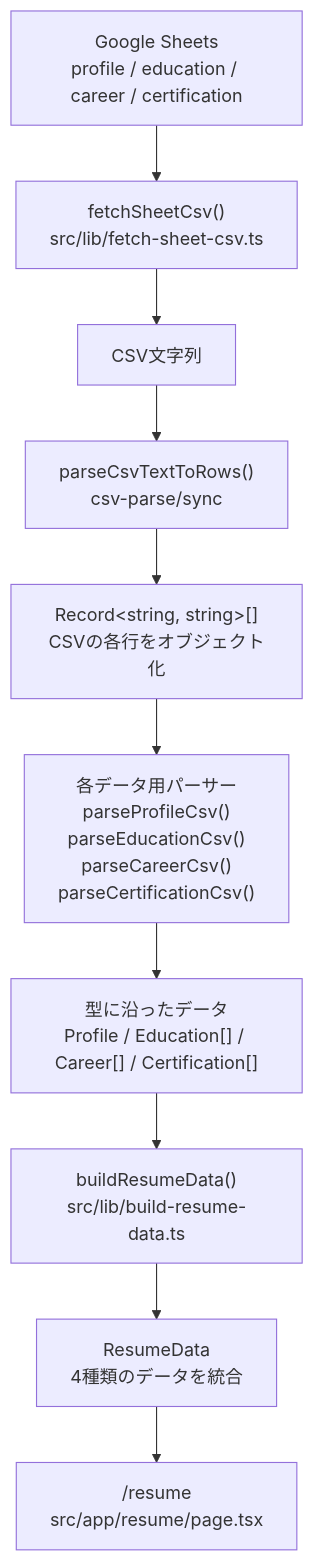
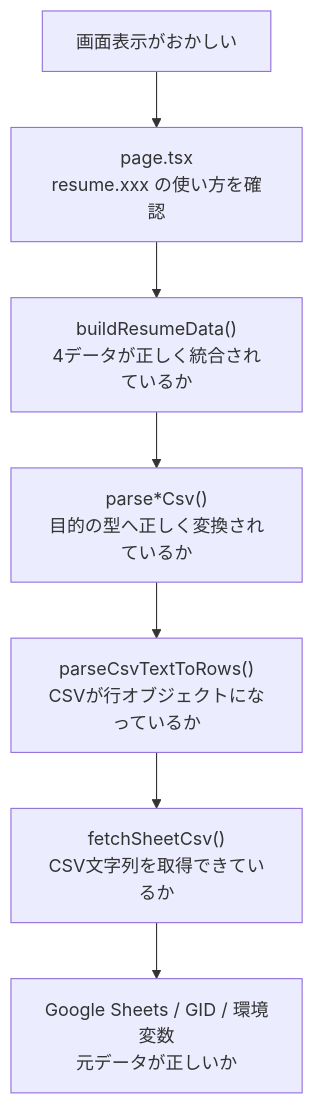
Before and after one commit to Leon20200809/lazygenius-web-resume: diagram 11 of 11 in docs/data-flow.md, drawn with Mermaid. The commit also changed other lines of this file, not shown here.

Commit message:
レジュメデータフロー図を実コードに沿って詳細化

````diff
--- a/docs/data-flow.md
+++ b/docs/data-flow.md
@@ -5,23 +561,12 @@
 ```mermaid
 flowchart TD
-    A["Google Sheets<br/>profile / education / career / certification"]
-    B["fetchSheetCsv()<br/>src/lib/fetch-sheet-csv.ts"]
-    C["CSV文字列"]
-    D["parseCsvTextToRows()<br/>csv-parse/sync"]
-    E["Record&lt;string, string&gt;[]<br/>CSVの各行をオブジェクト化"]
-    F["各データ用パーサー<br/>parseProfileCsv()<br/>parseEducationCsv()<br/>parseCareerCsv()<br/>parseCertificationCsv()"]
-    G["型に沿ったデータ<br/>Profile / Education[] / Career[] / Certification[]"]
-    H["buildResumeData()<br/>src/lib/build-resume-data.ts"]
-    I["ResumeData<br/>4種類のデータを統合"]
-    J["/resume<br/>src/app/resume/page.tsx"]
+    A["画面表示がおかしい"]
+    B["page.tsx<br/>resume.xxx の使い方を確認"]
+    C["buildResumeData()<br/>4データが正しく統合されているか"]
+    D["parse*Csv()<br/>目的の型へ正しく変換されているか"]
+    E["parseCsvTextToRows()<br/>CSVが行オブジェクトになっているか"]
+    F["fetchSheetCsv()<br/>CSV文字列を取得できているか"]
+    G["Google Sheets / GID / 環境変数<br/>元データが正しいか"]
 
-    A --> B
-    B --> C
-    C --> D
-    D --> E
-    E --> F
-    F --> G
-    G --> H
-    H --> I
-    I --> J
+    A --> B --> C --> D --> E --> F --> G
 ```
````
